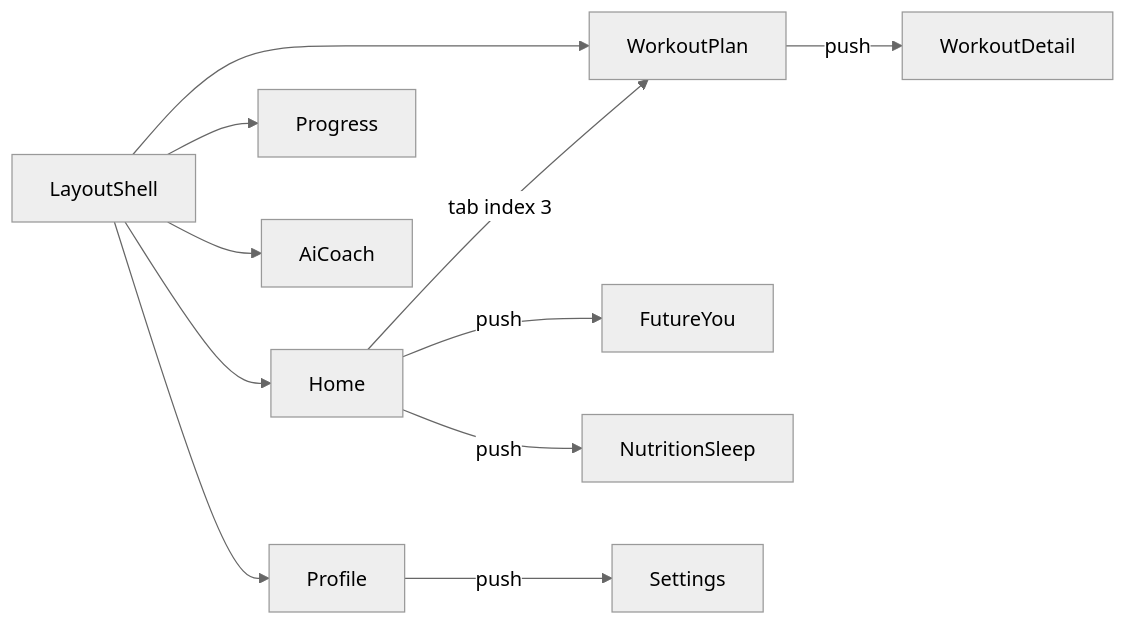
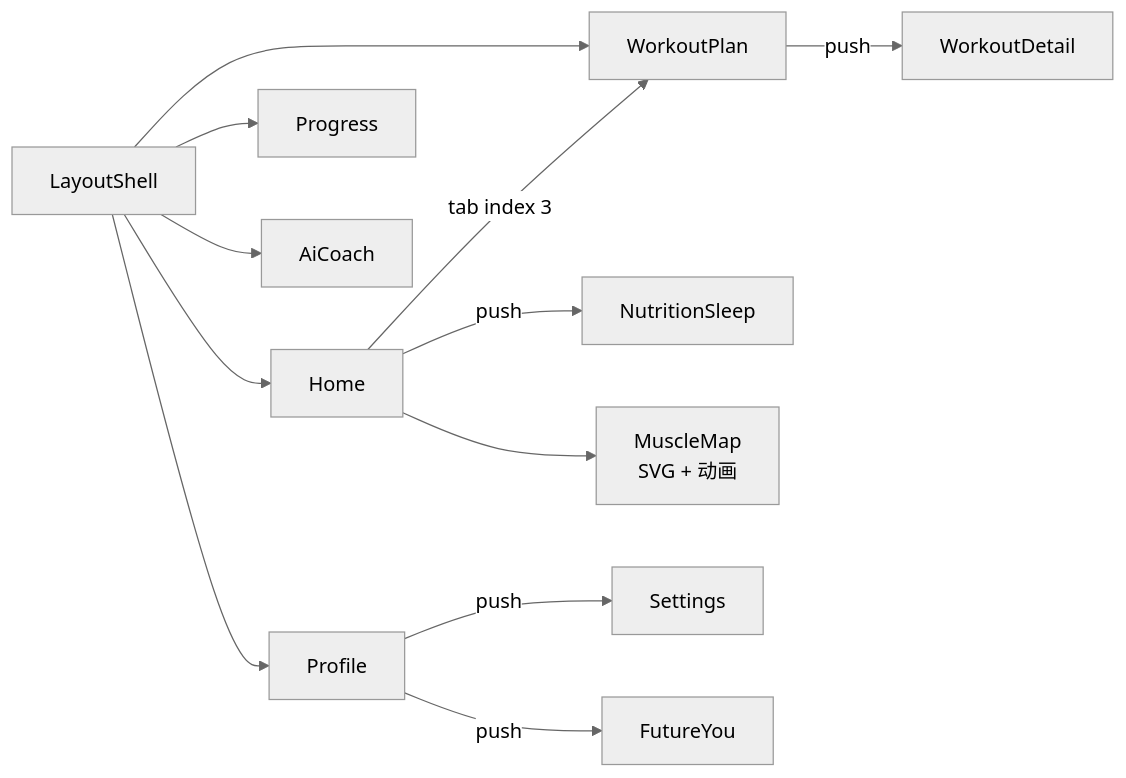
The second of 2 diagrams in docs/CODE_WIKI.md (sjzjams/Logic-of-Hashira), drawn with Mermaid (neutral theme) before and after one commit. The commit also changed other lines of this file and 4 other files, not shown here.

````diff
--- a/docs/CODE_WIKI.md
+++ b/docs/CODE_WIKI.md
@@ -223,17 +265,18 @@
 ```mermaid
 flowchart LR
   LS[LayoutShell]
 
   LS --> H[Home]
   LS --> P[Progress]
   LS --> C[AiCoach]
   LS --> WP[WorkoutPlan]
   LS --> PR[Profile]
 
-  H -->|push| FY[FutureYou]
   H -->|push| NS[NutritionSleep]
   H -->|tab index 3| WP
+  H --> MM[MuscleMap<br/>SVG + 动画]
 
   WP -->|push| WD[WorkoutDetail]
   PR -->|push| ST[Settings]
+  PR -->|push| FY[FutureYou]
 ```
````
